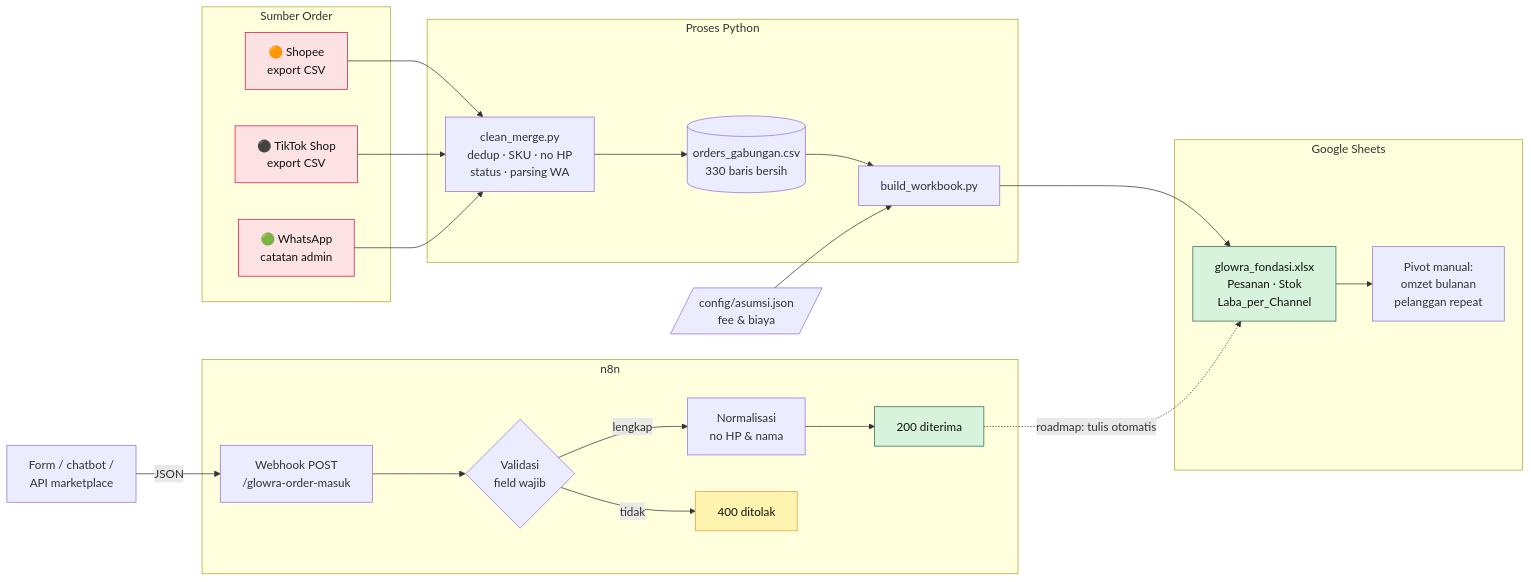
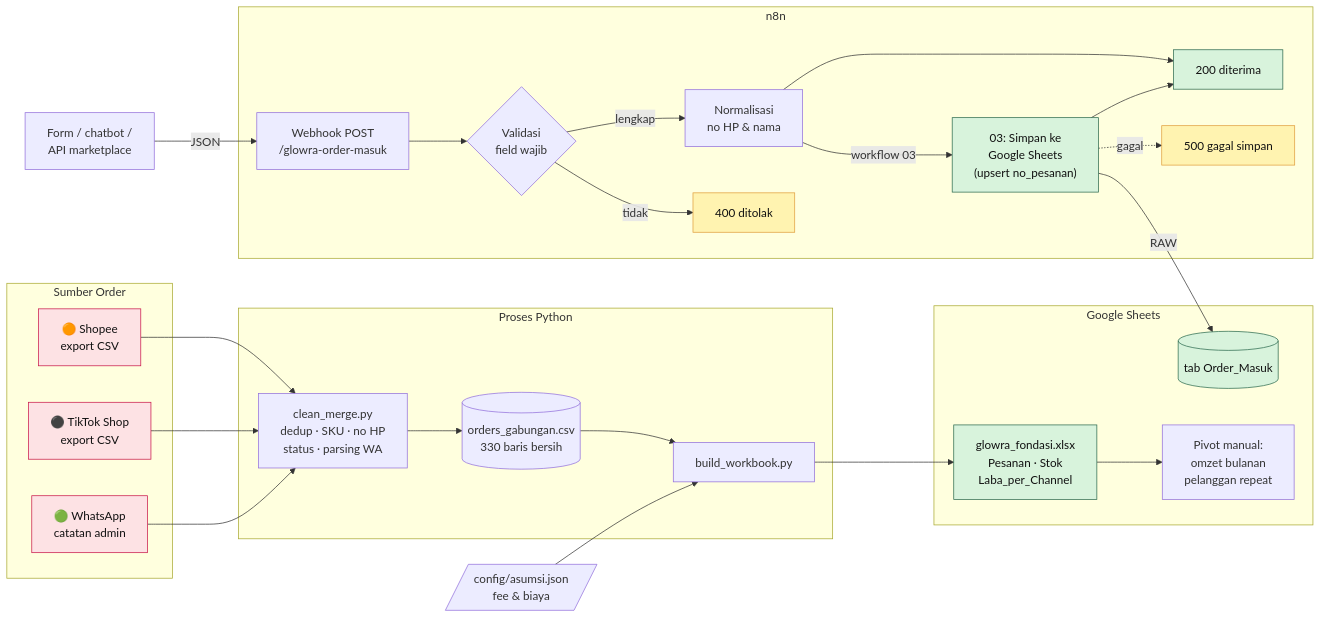
The diagram in README.md (kiekevin27-ux/ordersync-beauty), drawn with Mermaid before and after one commit. The commit also changed other lines of this file and 8 other files, not shown here.

First line of the commit message:
Workflow 03: order webhook langsung tercatat di Google Sheets

````diff
--- a/README.md
+++ b/README.md
@@ -34,43 +35,48 @@
 ```mermaid
 flowchart LR
     subgraph SUMBER["Sumber Order"]
         SP["🟠 Shopee<br/>export CSV"]
         TT["⚫ TikTok Shop<br/>export CSV"]
         WA["🟢 WhatsApp<br/>catatan admin"]
     end
 
     subgraph PROSES["Proses Python"]
         CM["clean_merge.py<br/>dedup · SKU · no HP<br/>status · parsing WA"]
         OG[("orders_gabungan.csv<br/>330 baris bersih")]
         BW["build_workbook.py"]
     end
 
     CFG[/"config/asumsi.json<br/>fee & biaya"/]
 
     subgraph SHEETS["Google Sheets"]
         XL["glowra_fondasi.xlsx<br/>Pesanan · Stok<br/>Laba_per_Channel"]
+        OM[("tab Order_Masuk")]
         PV["Pivot manual:<br/>omzet bulanan<br/>pelanggan repeat"]
     end
 
     subgraph N8N["n8n"]
         WH["Webhook POST<br/>/glowra-order-masuk"]
         VAL{"Validasi<br/>field wajib"}
         NORM["Normalisasi<br/>no HP & nama"]
         R200["200 diterima"]
         R400["400 ditolak"]
+        GS["03: Simpan ke<br/>Google Sheets<br/>(upsert no_pesanan)"]
+        R500["500 gagal simpan"]
     end
 
     SP & TT & WA --> CM --> OG --> BW --> XL --> PV
     CFG --> BW
     SYS["Form / chatbot /<br/>API marketplace"] -->|JSON| WH --> VAL
     VAL -- lengkap --> NORM --> R200
     VAL -- tidak --> R400
-    R200 -. "roadmap: tulis otomatis" .-> XL
+    NORM -->|workflow 03| GS -->|RAW| OM
+    GS --> R200
+    GS -. gagal .-> R500
 
     classDef src fill:#fde2e4,stroke:#c9184a,color:#111;
     classDef ok fill:#d8f3dc,stroke:#2d6a4f,color:#111;
     classDef bad fill:#fff3b0,stroke:#e09f3e,color:#111;
     class SP,TT,WA src;
-    class R200,XL ok;
-    class R400 bad;
+    class R200,XL,OM,GS ok;
+    class R400,R500 bad;
 ```
````
